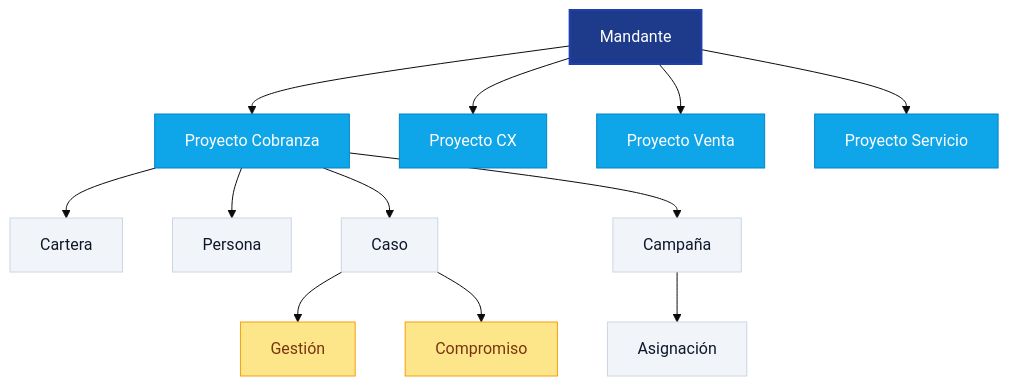
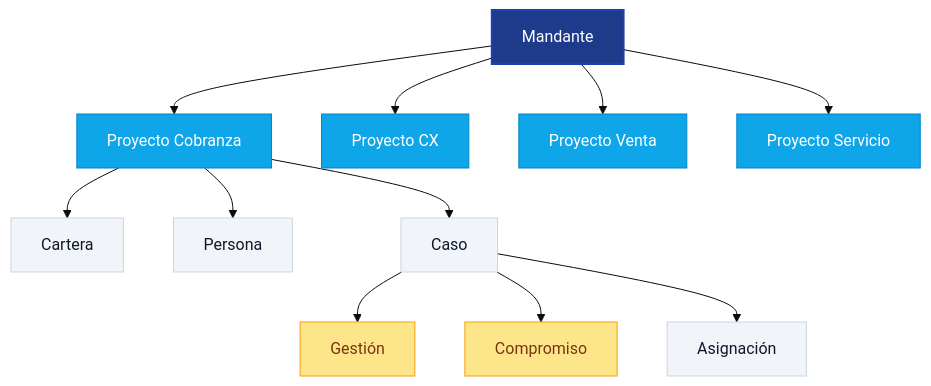
The first of 4 diagrams in README.md (Saimper/crm1.0), drawn with Mermaid (base theme) before and after one commit. The commit also changed other lines of this file and 18 other files, not shown here.

````diff
--- a/README.md
+++ b/README.md
@@ -62,20 +62,19 @@
 ```mermaid
 flowchart TD
   M[Mandante]:::tenant --> P1[Proyecto Cobranza]:::proj
   M --> P2[Proyecto CX]:::proj
   M --> P3[Proyecto Venta]:::proj
   M --> P4[Proyecto Servicio]:::proj
 
   P1 --> C1[Cartera]:::data
   P1 --> Pe1[Persona]:::data
   P1 --> Ca1[Caso]:::data
   Ca1 --> G1[Gestión]:::core
   Ca1 --> Co1[Compromiso]:::core
-  P1 --> Cm1[Campaña]:::data
-  Cm1 --> A1[Asignación]:::data
+  Ca1 --> A1[Asignación]:::data
 
   classDef tenant fill:#1e3a8a,stroke:#1e40af,color:#fff,stroke-width:2px
   classDef proj fill:#0ea5e9,stroke:#0284c7,color:#fff
   classDef data fill:#f1f5f9,stroke:#cbd5e1,color:#0f172a
   classDef core fill:#fde68a,stroke:#f59e0b,color:#78350f
 ```
````
